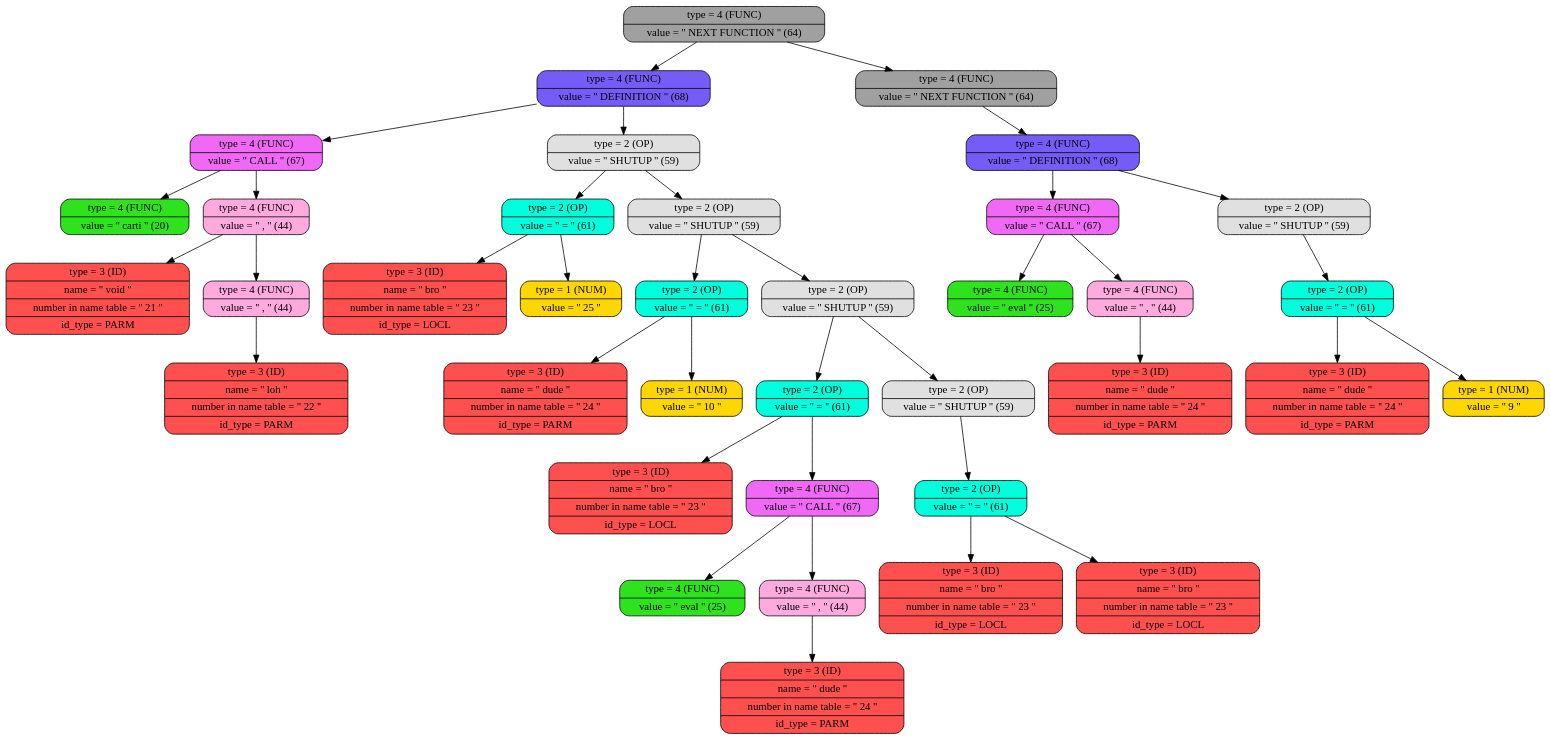
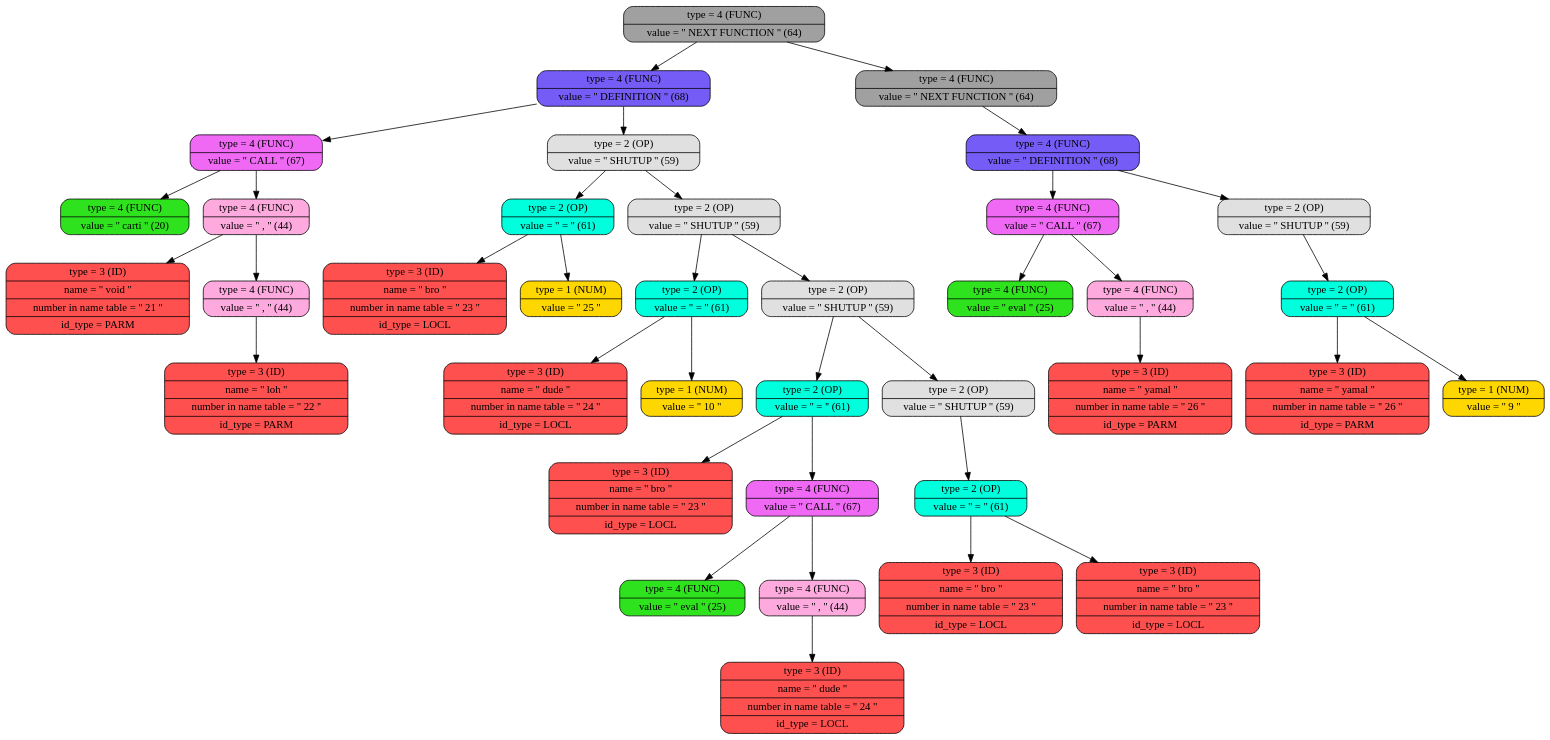
Before and after one commit to daniilgriga/MyProgrammingLanguage: the diagram in log/graph_tree.dot, drawn with Graphviz. The commit also changed 7 other files, not shown here.

```diff
--- a/log/graph_tree.dot
+++ b/log/graph_tree.dot
@@ -1,78 +1,78 @@
 digraph
 {
 bgcolor="transparent"
 node0x503000000520 [shape=Mrecord; label = " { type = 4 (FUNC) | value = '' NEXT FUNCTION ''  (64) }"; style = filled; fillcolor = "#A0A0A0"];
 node0x503000000520 -> node0x5030000004f0;
 node0x503000000520 -> node0x503000000700;
 node0x5030000004f0 [shape=Mrecord; label = " { type = 4 (FUNC) | value = '' DEFINITION ''  (68) }"; style = filled; fillcolor = "#755CF7"];
 node0x5030000004f0 -> node0x503000000130;
 node0x5030000004f0 -> node0x5030000001f0;
 node0x503000000130 [shape=Mrecord; label = " { type = 4 (FUNC) | value = '' CALL ''  (67) }"; style = filled; fillcolor = "#F069F5"];
 node0x503000000130 -> node0x503000000040;
 node0x503000000130 -> node0x5030000000a0;
 node0x503000000040 [shape=Mrecord; label = " { type = 4 (FUNC) | value = '' carti ''  (20) }"; style = filled; fillcolor = "#2EE31E"];
 node0x5030000000a0 [shape=Mrecord; label = " { type = 4 (FUNC) | value = '' , ''  (44) }"; style = filled; fillcolor = "#FEAADF"];
 node0x5030000000a0 -> node0x503000000070;
 node0x5030000000a0 -> node0x503000000100;
 node0x503000000070 [shape=Mrecord; label = " { type = 3 (ID)  | name = '' void '' | number in name table = '' 21 '' | id_type = PARM }"; style = filled; fillcolor = "#FF5050"];
 node0x503000000100 [shape=Mrecord; label = " { type = 4 (FUNC) | value = '' , ''  (44) }"; style = filled; fillcolor = "#FEAADF"];
 node0x503000000100 -> node0x5030000000d0;
 node0x5030000000d0 [shape=Mrecord; label = " { type = 3 (ID)  | name = '' loh '' | number in name table = '' 22 '' | id_type = PARM }"; style = filled; fillcolor = "#FF5050"];
 node0x5030000001f0 [shape=Mrecord; label = " { type = 2 (OP)   | value = '' SHUTUP ''  (59) }"; style = filled; fillcolor = "#E0E0E0"];
 node0x5030000001f0 -> node0x5030000001c0;
 node0x5030000001f0 -> node0x5030000002b0;
 node0x5030000001c0 [shape=Mrecord; label = " { type = 2 (OP)   | value = '' = ''  (61) }"; style = filled; fillcolor = "#00FFDD"];
 node0x5030000001c0 -> node0x503000000160;
 node0x5030000001c0 -> node0x503000000190;
 node0x503000000160 [shape=Mrecord; label = " { type = 3 (ID)  | name = '' bro '' | number in name table = '' 23 '' | id_type = LOCL }"; style = filled; fillcolor = "#FF5050"];
 node0x503000000190 [shape=Mrecord; label = " { type = 1 (NUM)  | value = '' 25 '' }"; style = filled; fillcolor = "#FFD700"];
 node0x5030000002b0 [shape=Mrecord; label = " { type = 2 (OP)   | value = '' SHUTUP ''  (59) }"; style = filled; fillcolor = "#E0E0E0"];
 node0x5030000002b0 -> node0x503000000280;
 node0x5030000002b0 -> node0x503000000400;
 node0x503000000280 [shape=Mrecord; label = " { type = 2 (OP)   | value = '' = ''  (61) }"; style = filled; fillcolor = "#00FFDD"];
 node0x503000000280 -> node0x503000000220;
 node0x503000000280 -> node0x503000000250;
-node0x503000000220 [shape=Mrecord; label = " { type = 3 (ID)  | name = '' dude '' | number in name table = '' 24 '' | id_type = PARM }"; style = filled; fillcolor = "#FF5050"];
+node0x503000000220 [shape=Mrecord; label = " { type = 3 (ID)  | name = '' dude '' | number in name table = '' 24 '' | id_type = LOCL }"; style = filled; fillcolor = "#FF5050"];
 node0x503000000250 [shape=Mrecord; label = " { type = 1 (NUM)  | value = '' 10 '' }"; style = filled; fillcolor = "#FFD700"];
 node0x503000000400 [shape=Mrecord; label = " { type = 2 (OP)   | value = '' SHUTUP ''  (59) }"; style = filled; fillcolor = "#E0E0E0"];
 node0x503000000400 -> node0x5030000003d0;
 node0x503000000400 -> node0x5030000004c0;
 node0x5030000003d0 [shape=Mrecord; label = " { type = 2 (OP)   | value = '' = ''  (61) }"; style = filled; fillcolor = "#00FFDD"];
 node0x5030000003d0 -> node0x5030000002e0;
 node0x5030000003d0 -> node0x5030000003a0;
 node0x5030000002e0 [shape=Mrecord; label = " { type = 3 (ID)  | name = '' bro '' | number in name table = '' 23 '' | id_type = LOCL }"; style = filled; fillcolor = "#FF5050"];
 node0x5030000003a0 [shape=Mrecord; label = " { type = 4 (FUNC) | value = '' CALL ''  (67) }"; style = filled; fillcolor = "#F069F5"];
 node0x5030000003a0 -> node0x503000000310;
 node0x5030000003a0 -> node0x503000000370;
 node0x503000000310 [shape=Mrecord; label = " { type = 4 (FUNC) | value = '' eval ''  (25) }"; style = filled; fillcolor = "#2EE31E"];
 node0x503000000370 [shape=Mrecord; label = " { type = 4 (FUNC) | value = '' , ''  (44) }"; style = filled; fillcolor = "#FEAADF"];
 node0x503000000370 -> node0x503000000340;
-node0x503000000340 [shape=Mrecord; label = " { type = 3 (ID)  | name = '' dude '' | number in name table = '' 24 '' | id_type = PARM }"; style = filled; fillcolor = "#FF5050"];
+node0x503000000340 [shape=Mrecord; label = " { type = 3 (ID)  | name = '' dude '' | number in name table = '' 24 '' | id_type = LOCL }"; style = filled; fillcolor = "#FF5050"];
 node0x5030000004c0 [shape=Mrecord; label = " { type = 2 (OP)   | value = '' SHUTUP ''  (59) }"; style = filled; fillcolor = "#E0E0E0"];
 node0x5030000004c0 -> node0x503000000490;
 node0x503000000490 [shape=Mrecord; label = " { type = 2 (OP)   | value = '' = ''  (61) }"; style = filled; fillcolor = "#00FFDD"];
 node0x503000000490 -> node0x503000000430;
 node0x503000000490 -> node0x503000000460;
 node0x503000000430 [shape=Mrecord; label = " { type = 3 (ID)  | name = '' bro '' | number in name table = '' 23 '' | id_type = LOCL }"; style = filled; fillcolor = "#FF5050"];
 node0x503000000460 [shape=Mrecord; label = " { type = 3 (ID)  | name = '' bro '' | number in name table = '' 23 '' | id_type = LOCL }"; style = filled; fillcolor = "#FF5050"];
 node0x503000000700 [shape=Mrecord; label = " { type = 4 (FUNC) | value = '' NEXT FUNCTION ''  (64) }"; style = filled; fillcolor = "#A0A0A0"];
 node0x503000000700 -> node0x5030000006d0;
 node0x5030000006d0 [shape=Mrecord; label = " { type = 4 (FUNC) | value = '' DEFINITION ''  (68) }"; style = filled; fillcolor = "#755CF7"];
 node0x5030000006d0 -> node0x5030000005e0;
 node0x5030000006d0 -> node0x5030000006a0;
 node0x5030000005e0 [shape=Mrecord; label = " { type = 4 (FUNC) | value = '' CALL ''  (67) }"; style = filled; fillcolor = "#F069F5"];
 node0x5030000005e0 -> node0x503000000550;
 node0x5030000005e0 -> node0x5030000005b0;
 node0x503000000550 [shape=Mrecord; label = " { type = 4 (FUNC) | value = '' eval ''  (25) }"; style = filled; fillcolor = "#2EE31E"];
 node0x5030000005b0 [shape=Mrecord; label = " { type = 4 (FUNC) | value = '' , ''  (44) }"; style = filled; fillcolor = "#FEAADF"];
 node0x5030000005b0 -> node0x503000000580;
-node0x503000000580 [shape=Mrecord; label = " { type = 3 (ID)  | name = '' dude '' | number in name table = '' 24 '' | id_type = PARM }"; style = filled; fillcolor = "#FF5050"];
+node0x503000000580 [shape=Mrecord; label = " { type = 3 (ID)  | name = '' yamal '' | number in name table = '' 26 '' | id_type = PARM }"; style = filled; fillcolor = "#FF5050"];
 node0x5030000006a0 [shape=Mrecord; label = " { type = 2 (OP)   | value = '' SHUTUP ''  (59) }"; style = filled; fillcolor = "#E0E0E0"];
 node0x5030000006a0 -> node0x503000000670;
 node0x503000000670 [shape=Mrecord; label = " { type = 2 (OP)   | value = '' = ''  (61) }"; style = filled; fillcolor = "#00FFDD"];
 node0x503000000670 -> node0x503000000610;
 node0x503000000670 -> node0x503000000640;
-node0x503000000610 [shape=Mrecord; label = " { type = 3 (ID)  | name = '' dude '' | number in name table = '' 24 '' | id_type = PARM }"; style = filled; fillcolor = "#FF5050"];
+node0x503000000610 [shape=Mrecord; label = " { type = 3 (ID)  | name = '' yamal '' | number in name table = '' 26 '' | id_type = PARM }"; style = filled; fillcolor = "#FF5050"];
 node0x503000000640 [shape=Mrecord; label = " { type = 1 (NUM)  | value = '' 9 '' }"; style = filled; fillcolor = "#FFD700"];
 
 }
```
